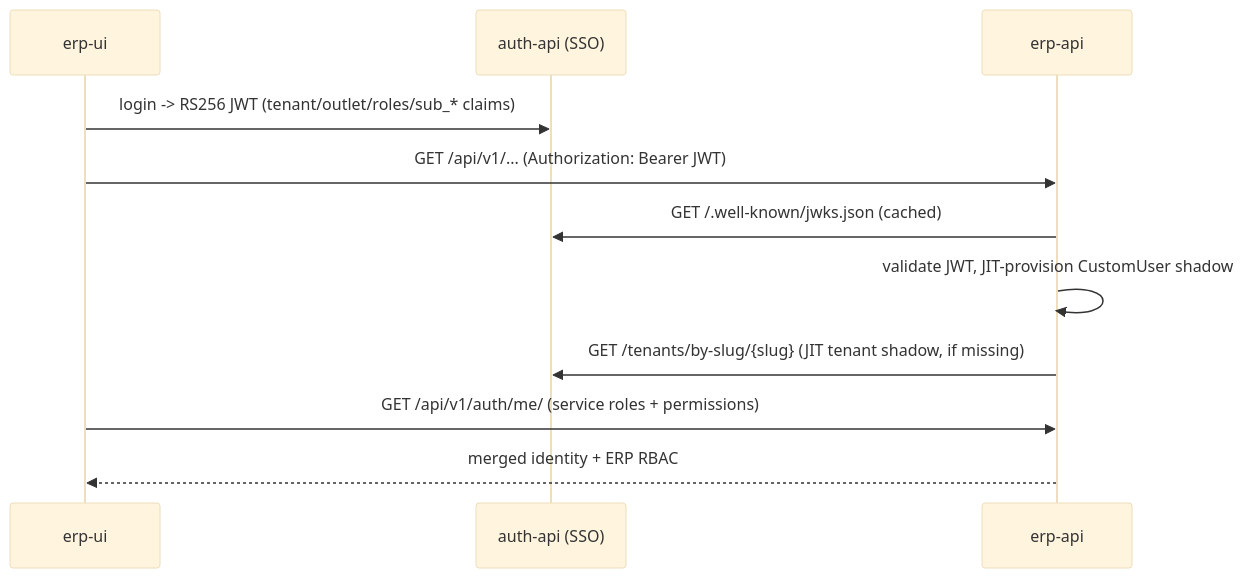
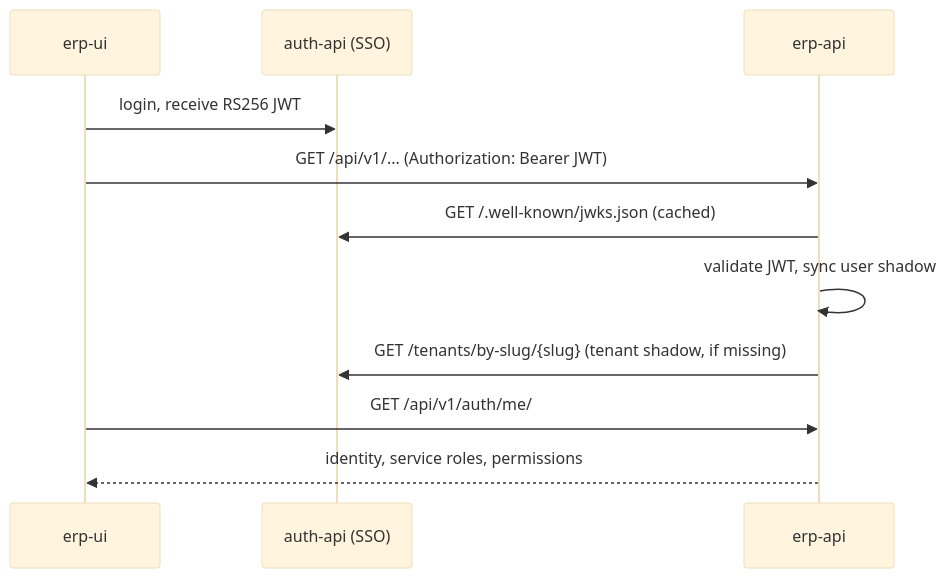
Before and after one commit to Bengo-Hub/erp-api: the first of 2 diagrams in docs/integrations.md, drawn with Mermaid (base theme). The commit also changed other lines of this file and 97 other files, not shown here.

````diff
--- a/docs/integrations.md
+++ b/docs/integrations.md
@@ -226,13 +194,13 @@
 ```mermaid
 sequenceDiagram
   participant UI as erp-ui
   participant AUTH as auth-api (SSO)
   participant ERP as erp-api
-  UI->>AUTH: login -> RS256 JWT (tenant/outlet/roles/sub_* claims)
+  UI->>AUTH: login, receive RS256 JWT
   UI->>ERP: GET /api/v1/... (Authorization: Bearer JWT)
   ERP->>AUTH: GET /.well-known/jwks.json (cached)
-  ERP->>ERP: validate JWT, JIT-provision CustomUser shadow
-  ERP->>AUTH: GET /tenants/by-slug/{slug} (JIT tenant shadow, if missing)
-  UI->>ERP: GET /api/v1/auth/me/ (service roles + permissions)
-  ERP-->>UI: merged identity + ERP RBAC
+  ERP->>ERP: validate JWT, sync user shadow
+  ERP->>AUTH: GET /tenants/by-slug/{slug} (tenant shadow, if missing)
+  UI->>ERP: GET /api/v1/auth/me/
+  ERP-->>UI: identity, service roles, permissions
 ```
````
